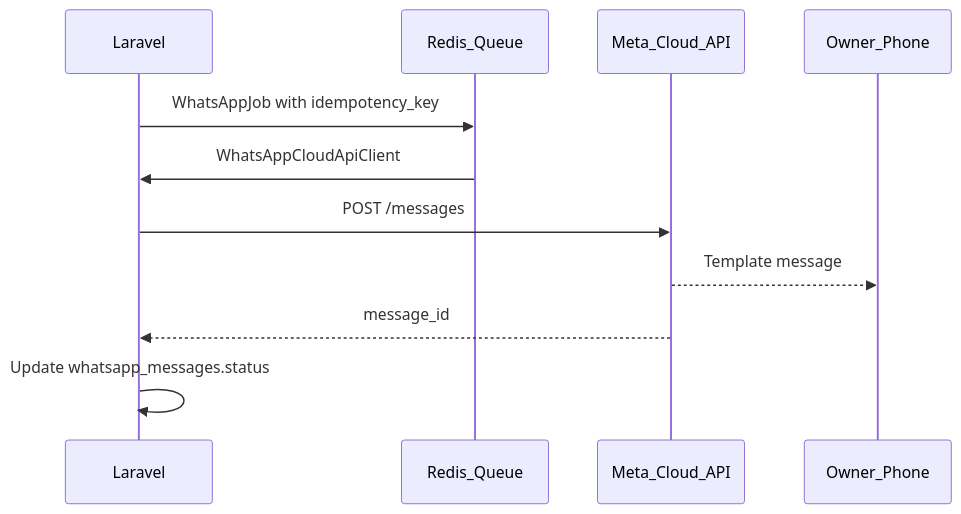
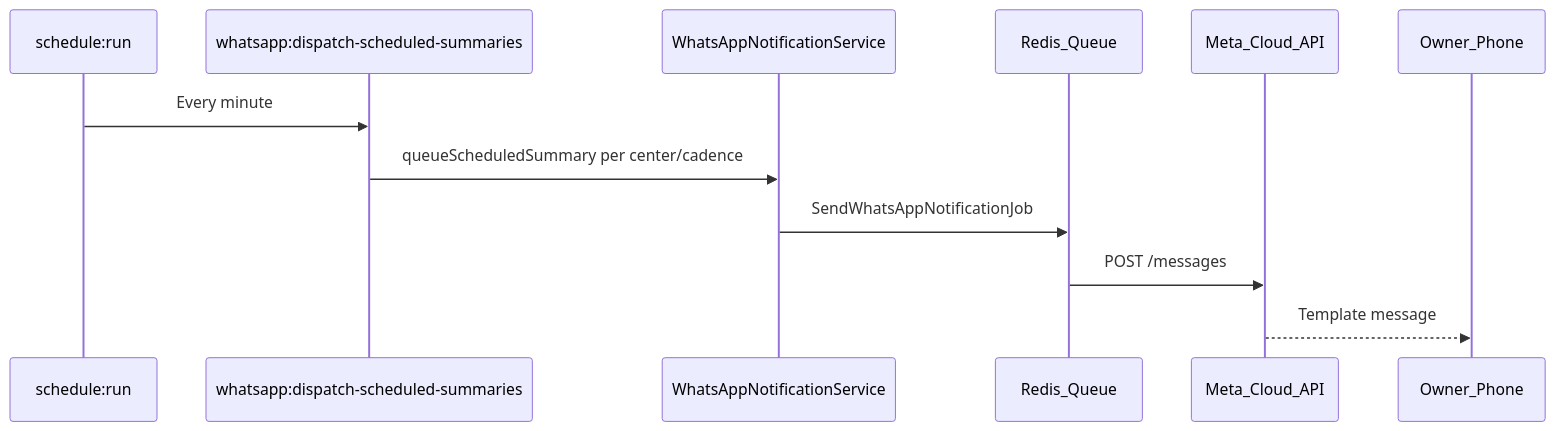
One commit to ApondoErnest/Cash-flow-summary changed the diagram in docs/api/README.md. Above: the diagram before and after it, drawn with Mermaid. The commit also changed other lines of this file and 48 other files, not shown here.

````diff
--- a/docs/api/README.md
+++ b/docs/api/README.md
@@ -50,14 +52,15 @@
 ```mermaid
 sequenceDiagram
-  participant App as Laravel
+  participant Cron as schedule:run
+  participant Cmd as whatsapp:dispatch-scheduled-summaries
+  participant Svc as WhatsAppNotificationService
   participant Q as Redis_Queue
   participant API as Meta_Cloud_API
   participant Owner as Owner_Phone
 
-  App->>Q: WhatsAppJob with idempotency_key
-  Q->>App: WhatsAppCloudApiClient
-  App->>API: POST /messages
+  Cron->>Cmd: Every minute
+  Cmd->>Svc: queueScheduledSummary per center/cadence
+  Svc->>Q: SendWhatsAppNotificationJob
+  Q->>API: POST /messages
   API-->>Owner: Template message
-  API-->>App: message_id
-  App->>App: Update whatsapp_messages.status
 ```
````
